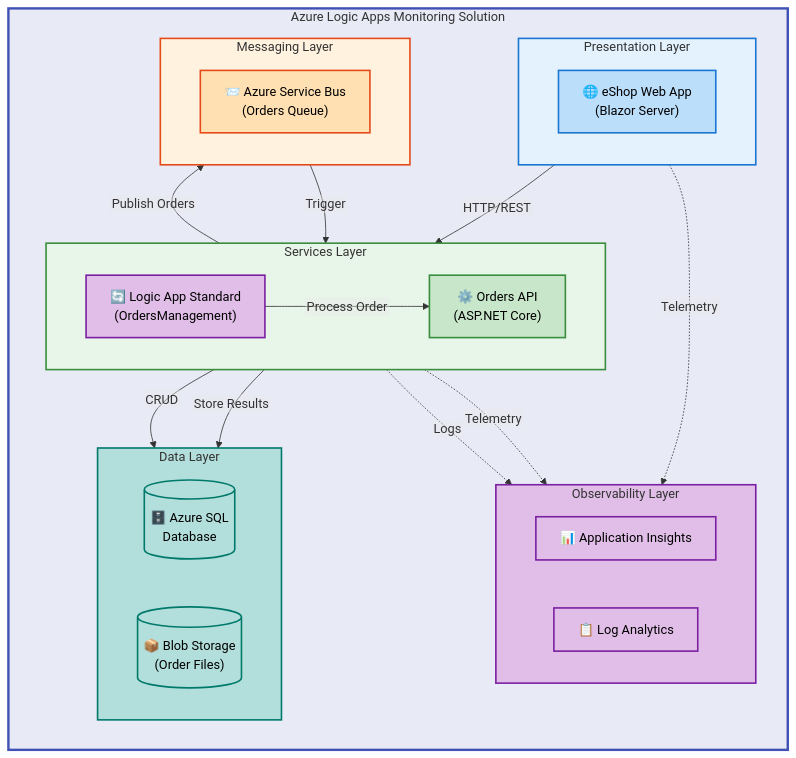
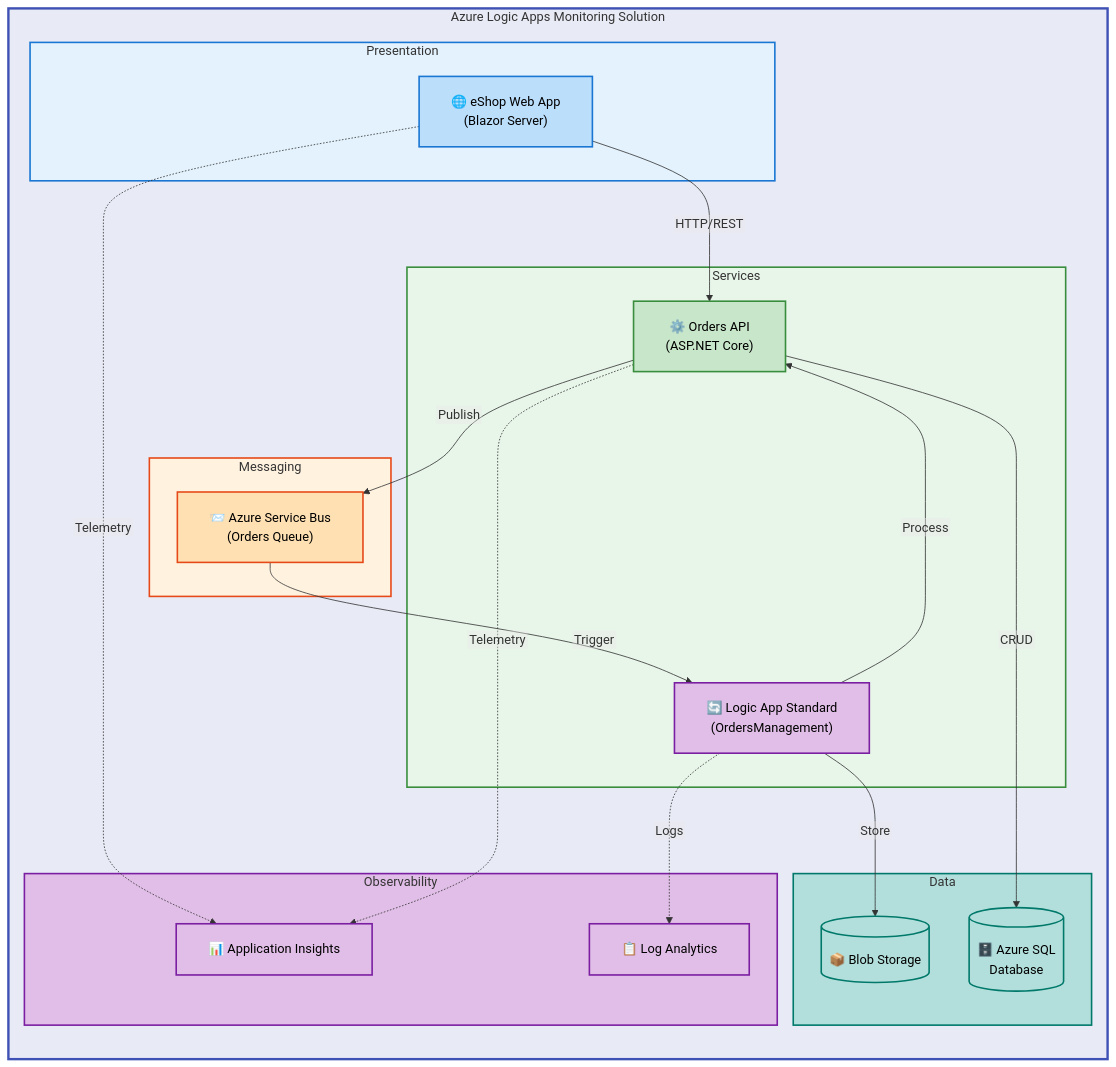
Before and after one commit to Evilazaro/Azure-LogicApps-Monitoring: the diagram in README.md, drawn with Mermaid.

Commit message:
Update README.md: refine flowchart styling and improve layer naming for clarity

````diff
--- a/README.md
+++ b/README.md
@@ -38,75 +38,61 @@
 ```mermaid
-%%{init: {"flowchart": {"htmlLabels": false, "nodeSpacing": 60, "rankSpacing": 50}} }%%
+%%{init: {"flowchart": {"htmlLabels": false, "nodeSpacing": 50, "rankSpacing": 60, "padding": 20}} }%%
 flowchart TB
     %% ============================================
-    %% MATERIAL DESIGN COLOR SCHEME v2.1
-    %% ============================================
-    %% Container: Indigo 50 (#E8EAF6) - Solution boundary
-    %% Functional Layers (semantic colors):
-    %%   - Presentation: Blue - UI/Frontend
-    %%   - Services: Green - Workload/Backend
-    %%   - Messaging: Orange - Async Processing
-    %%   - Data: Teal - Storage
-    %%   - Observability: Purple - Monitoring
+    %% COLOR SCHEME: Material Design v2.1
+    %% Main container: Indigo | Layers: Semantic colors
     %% ============================================
 
-    %% Content Node Classes
     classDef mdBlue fill:#BBDEFB,stroke:#1976D2,stroke-width:2px,color:#000
     classDef mdGreen fill:#C8E6C9,stroke:#388E3C,stroke-width:2px,color:#000
     classDef mdOrange fill:#FFE0B2,stroke:#E64A19,stroke-width:2px,color:#000
     classDef mdPurple fill:#E1BEE7,stroke:#7B1FA2,stroke-width:2px,color:#000
     classDef mdTeal fill:#B2DFDB,stroke:#00796B,stroke-width:2px,color:#000
 
     subgraph system["Azure Logic Apps Monitoring Solution"]
         direction TB
 
-        subgraph presentation["Presentation Layer"]
-            direction LR
+        subgraph presentation["Presentation"]
             webApp["🌐 eShop Web App<br/>(Blazor Server)"]:::mdBlue
         end
 
-        subgraph services["Services Layer"]
-            direction LR
+        subgraph services["Services"]
             ordersApi["⚙️ Orders API<br/>(ASP.NET Core)"]:::mdGreen
             logicApp["🔄 Logic App Standard<br/>(OrdersManagement)"]:::mdPurple
         end
 
-        subgraph messaging["Messaging Layer"]
-            direction LR
+        subgraph messaging["Messaging"]
             serviceBus["📨 Azure Service Bus<br/>(Orders Queue)"]:::mdOrange
         end
 
-        subgraph data["Data Layer"]
-            direction LR
+        subgraph data["Data"]
             sqlDb[("🗄️ Azure SQL<br/>Database")]:::mdTeal
-            blobStorage[("📦 Blob Storage<br/>(Order Files)")]:::mdTeal
+            blobStorage[("📦 Blob Storage")]:::mdTeal
         end
 
-        subgraph observability["Observability Layer"]
-            direction LR
+        subgraph observability["Observability"]
             appInsights["📊 Application Insights"]:::mdPurple
             logAnalytics["📋 Log Analytics"]:::mdPurple
         end
+
+        %% Primary Flow
+        webApp -->|"HTTP/REST"| ordersApi
+        ordersApi -->|"Publish"| serviceBus
+        serviceBus -->|"Trigger"| logicApp
+        logicApp -->|"Process"| ordersApi
+        logicApp -->|"Store"| blobStorage
+        ordersApi -->|"CRUD"| sqlDb
+
+        %% Telemetry
+        webApp -.->|"Telemetry"| appInsights
+        ordersApi -.->|"Telemetry"| appInsights
+        logicApp -.->|"Logs"| logAnalytics
     end
 
-    %% Primary Data Flow
-    webApp -->|"HTTP/REST"| ordersApi
-    ordersApi -->|"Publish Orders"| serviceBus
-    serviceBus -->|"Trigger"| logicApp
-    logicApp -->|"Process Order"| ordersApi
-    logicApp -->|"Store Results"| blobStorage
-    ordersApi -->|"CRUD"| sqlDb
-
-    %% Telemetry Flow
-    webApp -.->|"Telemetry"| appInsights
-    ordersApi -.->|"Telemetry"| appInsights
-    logicApp -.->|"Logs"| logAnalytics
-
-    %% Subgraph Styling (CRITICAL: use style directives, not class)
     style system fill:#E8EAF6,stroke:#3F51B5,stroke-width:3px
     style presentation fill:#E3F2FD,stroke:#1976D2,stroke-width:2px
     style services fill:#E8F5E9,stroke:#388E3C,stroke-width:2px
     style messaging fill:#FFF3E0,stroke:#E64A19,stroke-width:2px
     style data fill:#B2DFDB,stroke:#00796B,stroke-width:2px
     style observability fill:#E1BEE7,stroke:#7B1FA2,stroke-width:2px
 ```
````
